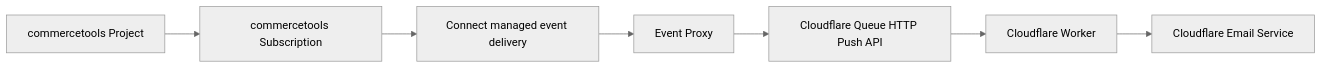
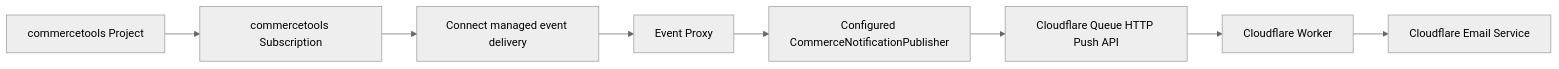
Before and after one commit to wykwit-tylko/email-events-commercetools-connect: the diagram in docs/plans/cloudflare-email-worker.md, drawn with Mermaid (neutral theme). The commit also changed other lines of this file and 3 other files, not shown here.

````diff
--- a/docs/plans/cloudflare-email-worker.md
+++ b/docs/plans/cloudflare-email-worker.md
@@ -9,9 +9,10 @@
 ```mermaid
 flowchart LR
   CT[commercetools Project] --> SUB[commercetools Subscription]
   SUB --> CONNECT[Connect managed event delivery]
   CONNECT --> PROXY[Event Proxy]
-  PROXY --> QUEUE[Cloudflare Queue HTTP Push API]
+  PROXY --> PUB[Configured CommerceNotificationPublisher]
+  PUB --> QUEUE[Cloudflare Queue HTTP Push API]
   QUEUE --> WORKER[Cloudflare Worker]
   WORKER --> EMAIL[Cloudflare Email Service]
 ```
````
